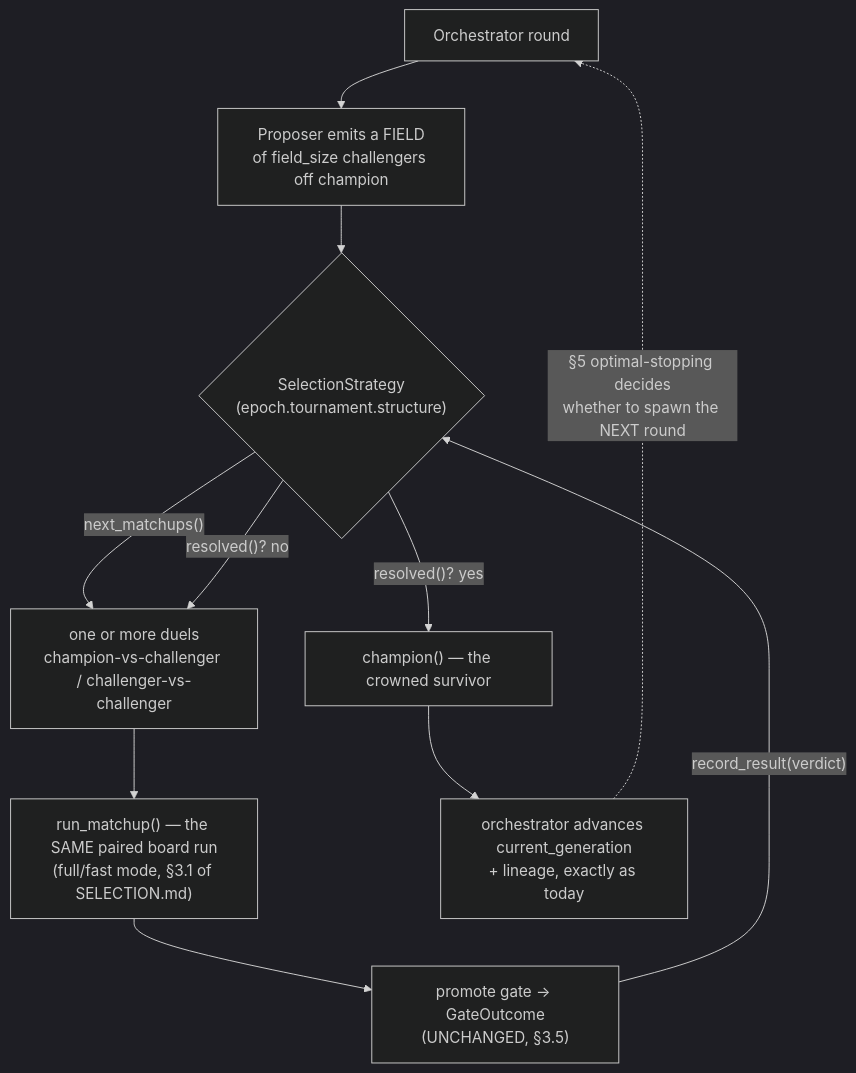
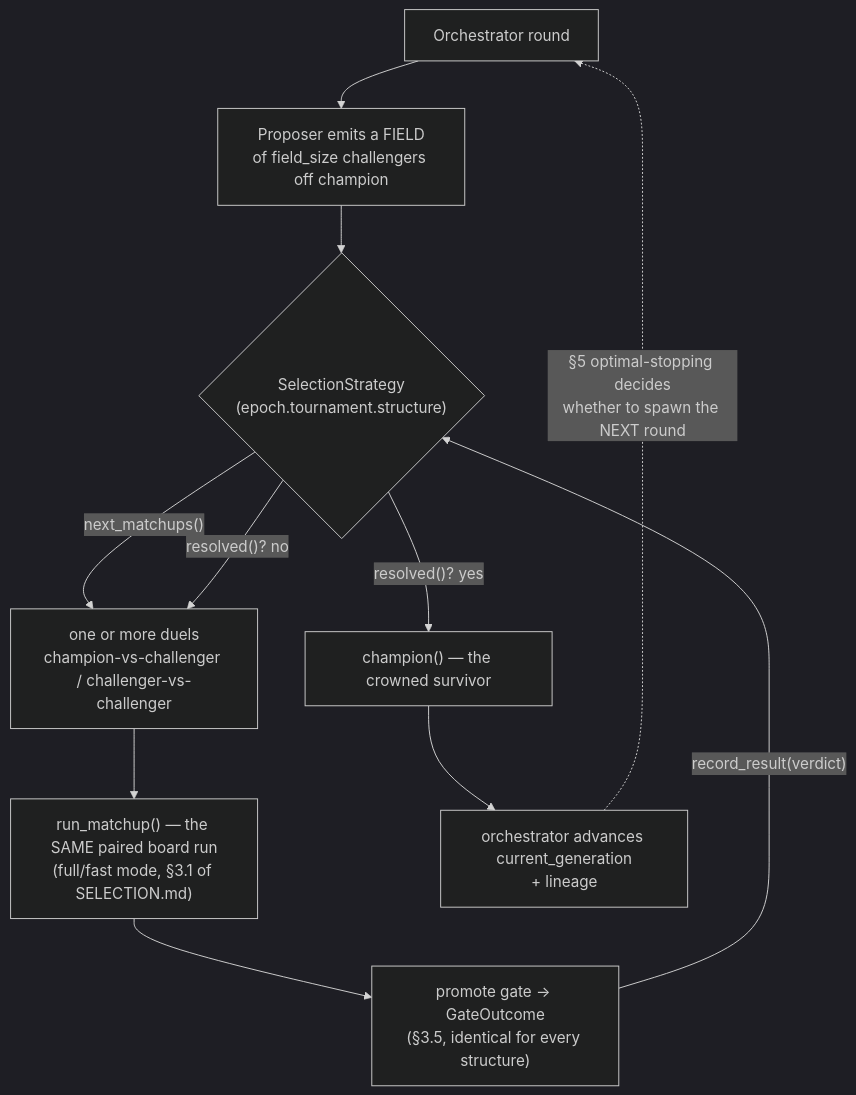
One commit to pedapudi/zicato changed the diagram in docs/design/TOURNAMENT.md. Above: the diagram before and after it, drawn with Mermaid (dark theme). The commit also changed other lines of this file and 33 other files, not shown here.

````diff
--- a/docs/design/TOURNAMENT.md
+++ b/docs/design/TOURNAMENT.md
@@ -174,13 +178,13 @@
 ```mermaid
 flowchart TB
     O["Orchestrator round"] --> FS["Proposer emits a FIELD<br/>of field_size challengers off champion"]
     FS --> ST{"SelectionStrategy<br/>(epoch.tournament.structure)"}
     ST -->|"next_matchups()"| M["one or more duels<br/>champion-vs-challenger / challenger-vs-challenger"]
     M --> RUN["run_matchup() — the SAME paired board run<br/>(full/fast mode, §3.1 of SELECTION.md)"]
-    RUN --> GATE["promote gate → GateOutcome<br/>(UNCHANGED, §3.5)"]
+    RUN --> GATE["promote gate → GateOutcome<br/>(§3.5, identical for every structure)"]
     GATE -->|"record_result(verdict)"| ST
     ST -->|"resolved()? no"| M
     ST -->|"resolved()? yes"| CR["champion() — the crowned survivor"]
-    CR --> ADV["orchestrator advances current_generation<br/>+ lineage, exactly as today"]
+    CR --> ADV["orchestrator advances current_generation<br/>+ lineage"]
     ADV -.->|"§5 optimal-stopping decides<br/>whether to spawn the NEXT round"| O
 ```
````
